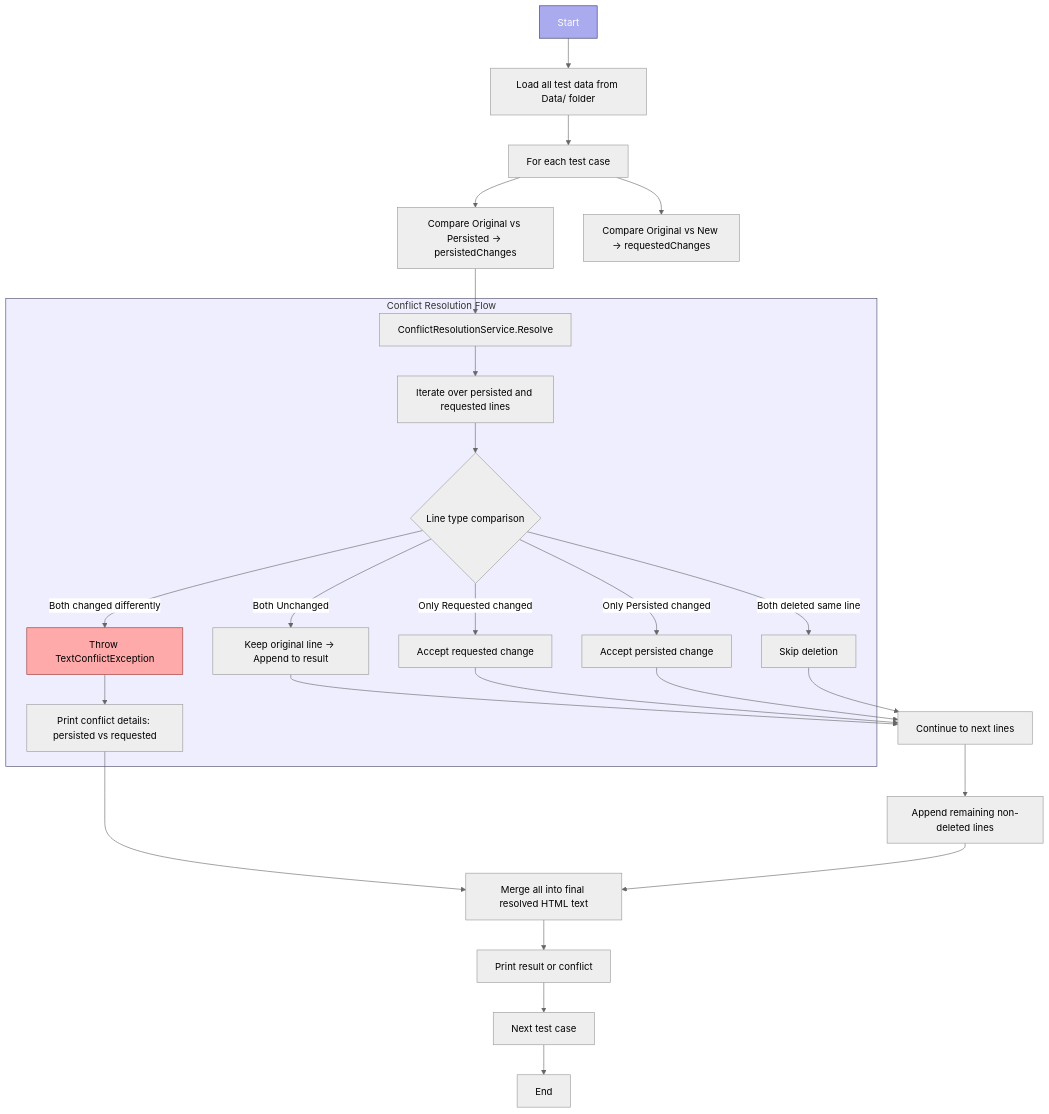
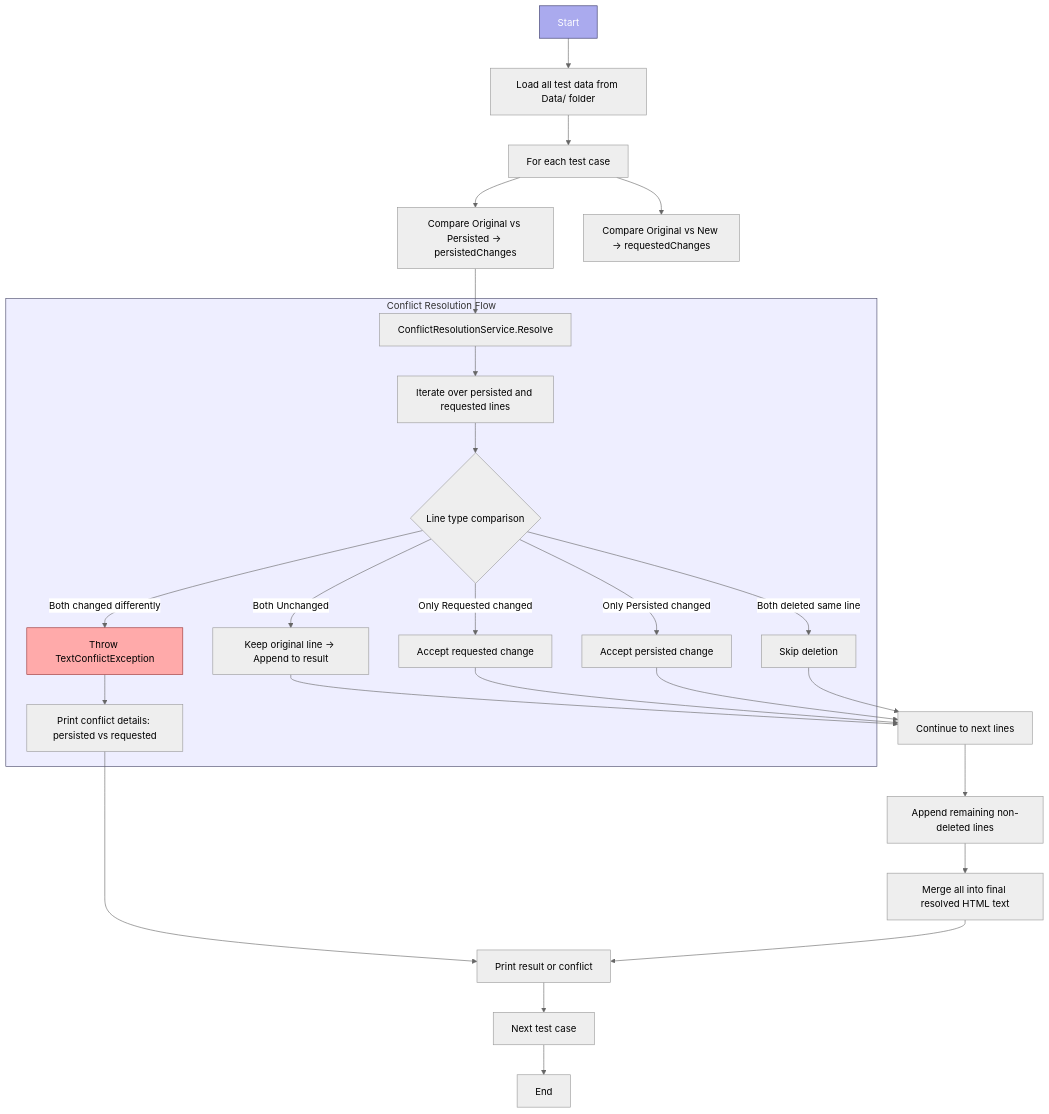
One commit to quocchungthan/conflict-resolution--dotnet changed the diagram in README.md. Above: the diagram before and after it, drawn with Mermaid (neutral theme).

````diff
--- a/README.md
+++ b/README.md
@@ -9,39 +9,39 @@
 ```mermaid
 flowchart TD
 
     A[Start] --> B[Load all test data from Data/ folder]
     B --> C[For each test case]
     C --> D[Compare Original vs Persisted → persistedChanges]
     C --> E[Compare Original vs New → requestedChanges]
     D --> F[ConflictResolutionService.Resolve]
 
     subgraph G[Conflict Resolution Flow]
         F --> G1[Iterate over persisted and requested lines]
         G1 --> G2{Line type comparison}
         
         G2 -->|Both Unchanged| G3[Keep original line → Append to result]
         G2 -->|Only Requested changed| G4[Accept requested change]
         G2 -->|Only Persisted changed| G5[Accept persisted change]
         G2 -->|Both changed differently| G6[Throw TextConflictException]
         G2 -->|Both deleted same line| G7[Skip deletion]
         
         G6 --> H[Print conflict details: persisted vs requested]
     end
 
     G3 --> I[Continue to next lines]
     G4 --> I
     G5 --> I
     G7 --> I
-    H --> K
+    H --> L
     I --> J[Append remaining non-deleted lines]
     J --> K[Merge all into final resolved HTML text]
 
     K --> L[Print result or conflict]
     L --> M[Next test case]
     M --> N[End]
 
     style A fill:#aae,stroke:#336,stroke-width:1px,color:#fff
     style G fill:#eef,stroke:#446,stroke-width:1px
     style G6 fill:#faa,stroke:#933,stroke-width:1px
 
 ```
````
